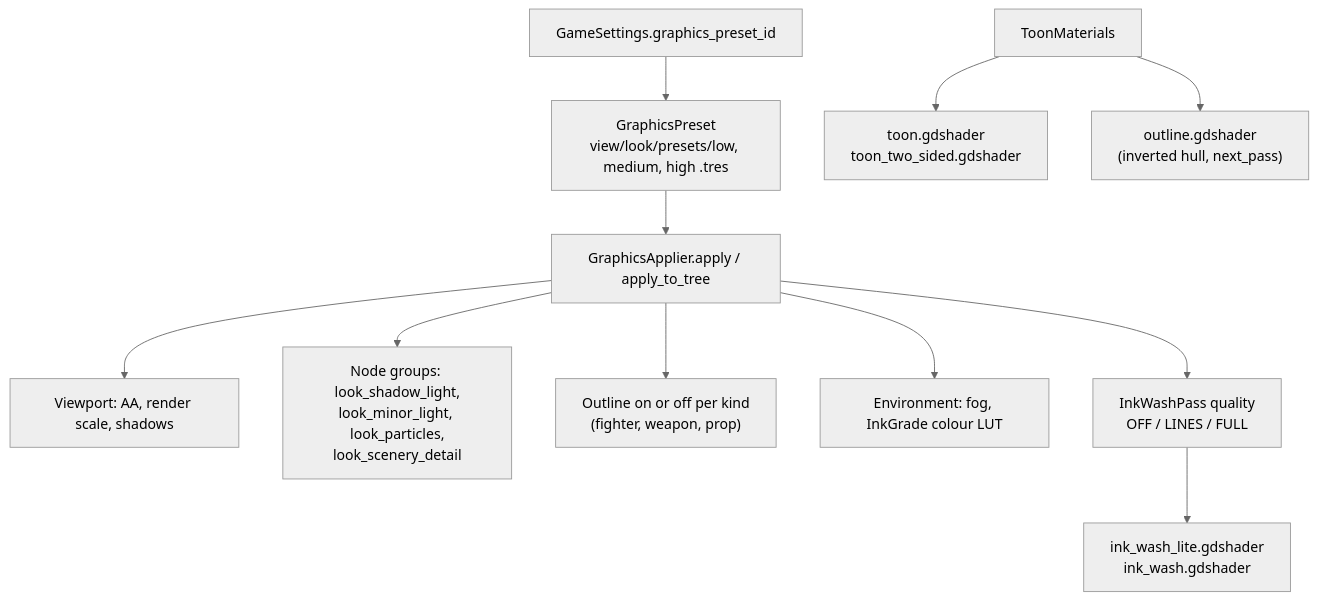
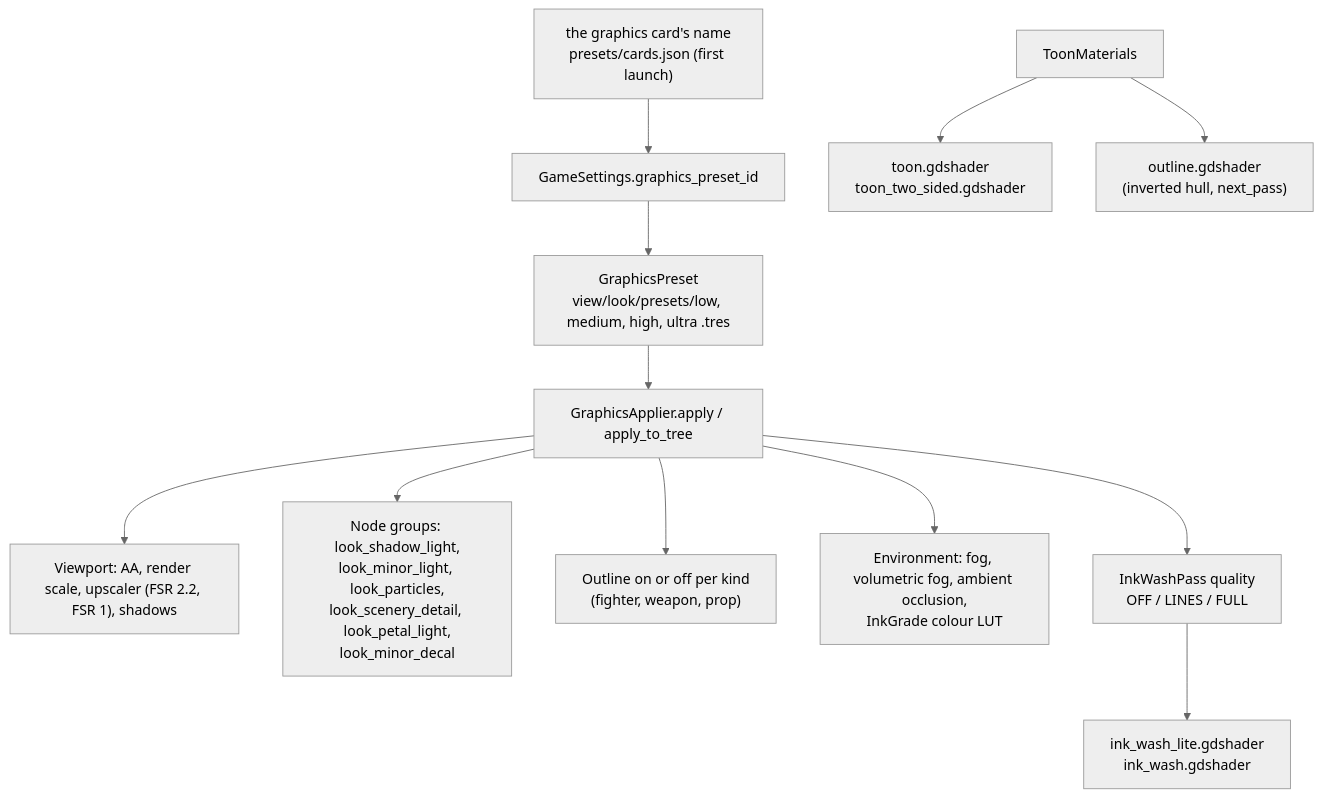
Before and after one commit to Arod231/monomachia: diagram 15 of 22 in docs/architecture.md, drawn with Mermaid (neutral theme). The commit also changed other lines of this file and 21 other files, not shown here.

First line of the commit message:
Four graphics presets with Ultra the reference (task 29)

````diff
--- a/docs/architecture.md
+++ b/docs/architecture.md
@@ -755,14 +755,15 @@
 ```mermaid
 flowchart TD
-    GSET["GameSettings.graphics_preset_id"] --> PRESET["GraphicsPreset<br/>view/look/presets/low, medium, high .tres"]
+    CARD["the graphics card's name<br/>presets/cards.json (first launch)"] --> GSET
+    GSET["GameSettings.graphics_preset_id"] --> PRESET["GraphicsPreset<br/>view/look/presets/low, medium, high, ultra .tres"]
     PRESET --> APP["GraphicsApplier.apply / apply_to_tree"]
-    APP --> VP["Viewport: AA, render scale, shadows"]
-    APP --> GROUPS["Node groups: look_shadow_light,<br/>look_minor_light, look_particles,<br/>look_scenery_detail"]
+    APP --> VP["Viewport: AA, render scale, upscaler (FSR 2.2, FSR 1), shadows"]
+    APP --> GROUPS["Node groups: look_shadow_light,<br/>look_minor_light, look_particles,<br/>look_scenery_detail, look_petal_light,<br/>look_minor_decal"]
     APP --> OUTL["Outline on or off per kind<br/>(fighter, weapon, prop)"]
-    APP --> ENV["Environment: fog, InkGrade colour LUT"]
+    APP --> ENV["Environment: fog, volumetric fog, ambient occlusion,<br/>InkGrade colour LUT"]
     APP --> INK["InkWashPass quality<br/>OFF / LINES / FULL"]
 
     TM["ToonMaterials"] --> TOON["toon.gdshader<br/>toon_two_sided.gdshader"]
     TM --> OUT["outline.gdshader<br/>(inverted hull, next_pass)"]
     INK --> IW["ink_wash_lite.gdshader<br/>ink_wash.gdshader"]
 ```
````
